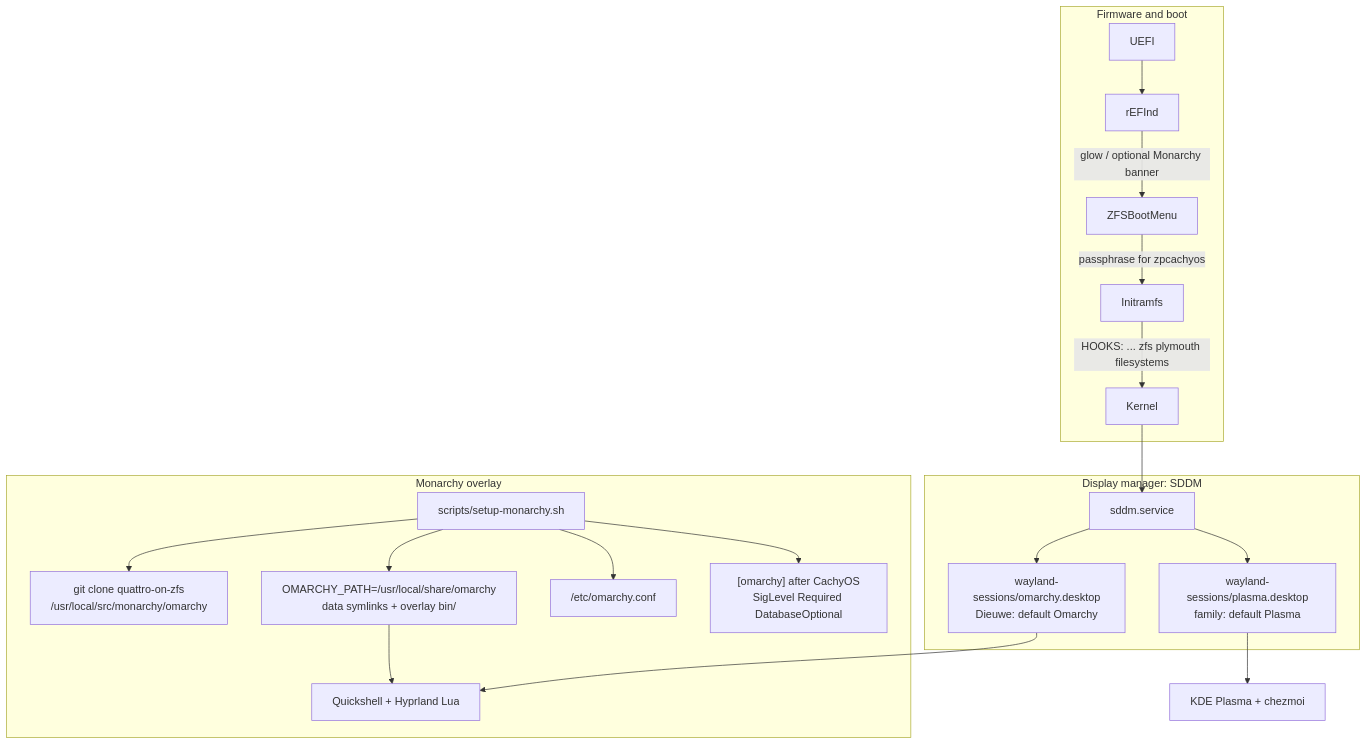
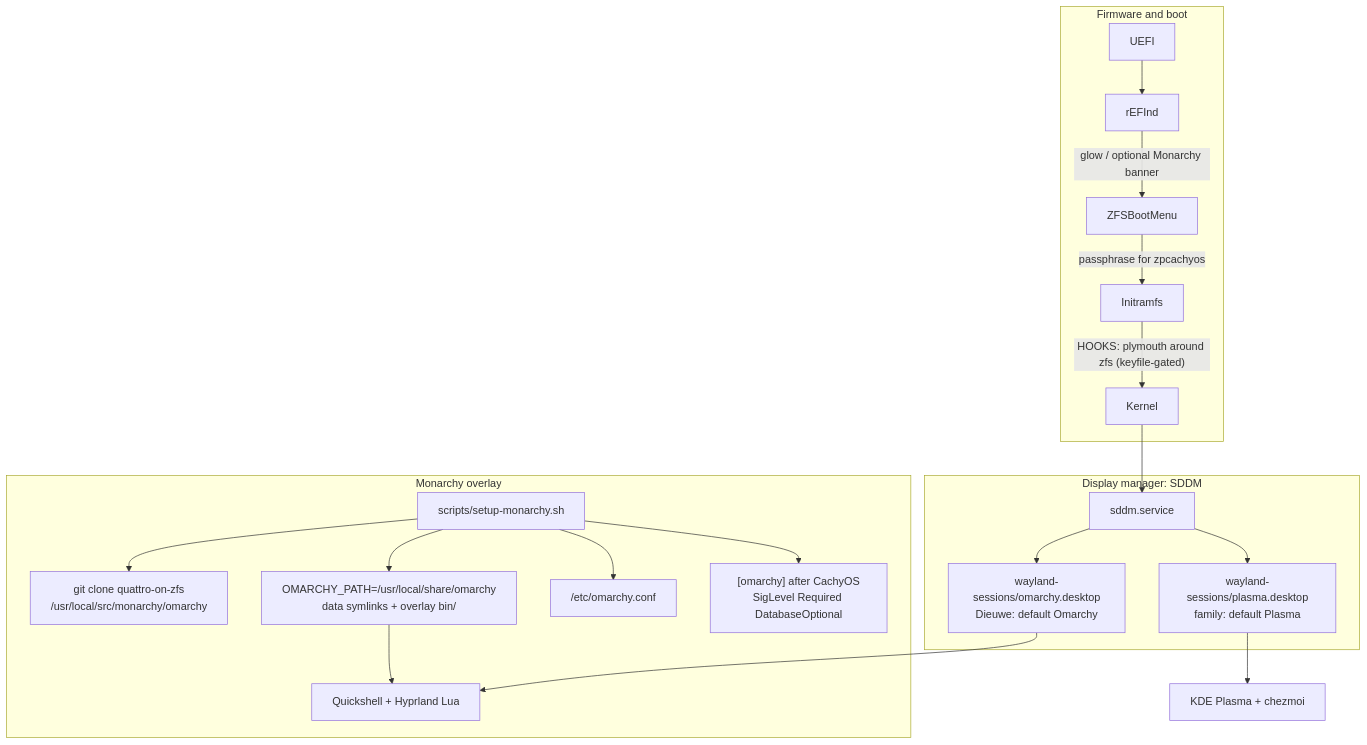
The first of 3 diagrams in docs/monarchy.md (dieuwedeboer/dotfiles), drawn with Mermaid before and after one commit. The commit also changed other lines of this file and 17 other files, not shown here.

````diff
--- a/docs/monarchy.md
+++ b/docs/monarchy.md
@@ -123,31 +123,31 @@
 ```mermaid
 flowchart TB
   subgraph boot [Firmware and boot]
     UEFI --> rEFInd
     rEFInd -->|"glow / optional Monarchy banner"| ZBM[ZFSBootMenu]
     ZBM -->|"passphrase for zpcachyos"| Initramfs
-    Initramfs -->|"HOOKS: ... zfs plymouth filesystems"| Kernel
+    Initramfs -->|"HOOKS: plymouth around zfs (keyfile-gated)"| Kernel
   end
 
   subgraph dm [Display manager: SDDM]
     Kernel --> SDDM[sddm.service]
     SDDM --> PlasmaSession["wayland-sessions/plasma.desktop<br/>family: default Plasma"]
     SDDM --> OmarchySession["wayland-sessions/omarchy.desktop<br/>Dieuwe: default Omarchy"]
   end
 
   subgraph overlay [Monarchy overlay]
     Bridge["scripts/setup-monarchy.sh"]
     Clone["git clone quattro-on-zfs<br/>/usr/local/src/monarchy/omarchy"]
     Work["OMARCHY_PATH=/usr/local/share/omarchy<br/>data symlinks + overlay bin/"]
     Conf["/etc/omarchy.conf"]
     Repo["[omarchy] after CachyOS<br/>SigLevel Required DatabaseOptional"]
     Bridge --> Clone
     Bridge --> Work
     Bridge --> Conf
     Bridge --> Repo
     OmarchySession --> QS[Quickshell + Hyprland Lua]
     Work --> QS
   end
 
   PlasmaSession --> KDE[KDE Plasma + chezmoi]
 ```
````
